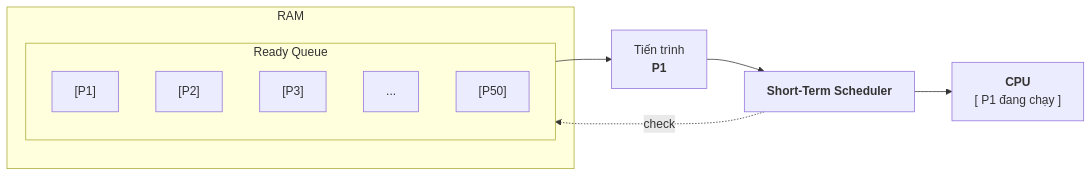
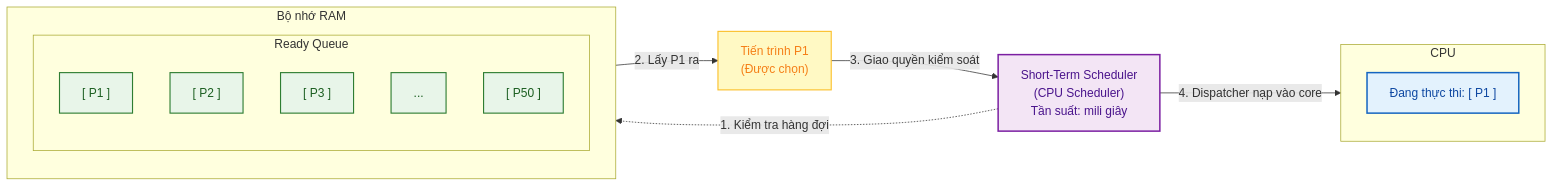
The fifth of 5 diagrams in OperatingSystem/OS_scratch/Concepts_OS/Intro_OS/Lession3.md (Duc-Lee/LLMserving_GPUoptimization), drawn with Mermaid before and after one commit. The commit also changed other lines of this file and 2 other files, not shown here.

````diff
--- a/OperatingSystem/OS_scratch/Concepts_OS/Intro_OS/Lession3.md
+++ b/OperatingSystem/OS_scratch/Concepts_OS/Intro_OS/Lession3.md
@@ -146,22 +142,32 @@
 ```mermaid
 flowchart LR
-    subgraph RAM ["RAM"]
+    classDef queueSlot fill:#e8f5e9,stroke:#2e7d32,stroke-width:1.5px,color:#1b5e20;
+    classDef schedStyle fill:#f3e5f5,stroke:#7b1fa2,stroke-width:2px,color:#4a148c;
+    classDef procStyle fill:#fff9c4,stroke:#fbc02d,stroke-width:1.5px,color:#f57f17;
+    classDef cpuStyle fill:#e3f2fd,stroke:#1565c0,stroke-width:2px,color:#0d47a1;
+
+    subgraph RAM_DEV ["Bộ nhớ RAM"]
+        direction TB
         subgraph RQ ["Ready Queue"]
             direction TB
-            P1_Q["[P1]"]
-            P2_Q["[P2]"]
-            P3_Q["[P3]"]
-            Pdots_Q["..."]
-            P50_Q["[P50]"]
+            P1_Q["[ P1 ]"]:::queueSlot
+            P2_Q["[ P2 ]"]:::queueSlot
+            P3_Q["[ P3 ]"]:::queueSlot
+            Pdots_Q["..."]:::queueSlot
+            P50_Q["[ P50 ]"]:::queueSlot
         end
     end
 
-    STS["<b>Short-Term Scheduler</b>"]
-    PROC["Tiến trình<br/><b>P1</b>"]
-    CPU["<b>CPU</b><br/>[ P1 đang chạy ]"]
+    STS["Short-Term Scheduler<br/>(CPU Scheduler)<br/>Tần suất: mili giây"]:::schedStyle
+    PROC["Tiến trình P1<br/>(Được chọn)"]:::procStyle
+    
+    subgraph CPU_DEV ["CPU"]
+        direction TB
+        CPU_RUN["Đang thực thi: [ P1 ]"]:::cpuStyle
+    end
 
-    STS -. "check" .-> RQ
-    RQ --> PROC
-    PROC --> STS
-    STS --> CPU
+    STS -. "1. Kiểm tra hàng đợi" .-> RQ
+    RQ -->|"2. Lấy P1 ra"| PROC
+    PROC -->|"3. Giao quyền kiểm soát"| STS
+    STS -->|"4. Dispatcher nạp vào core"| CPU_RUN
 ```
````
